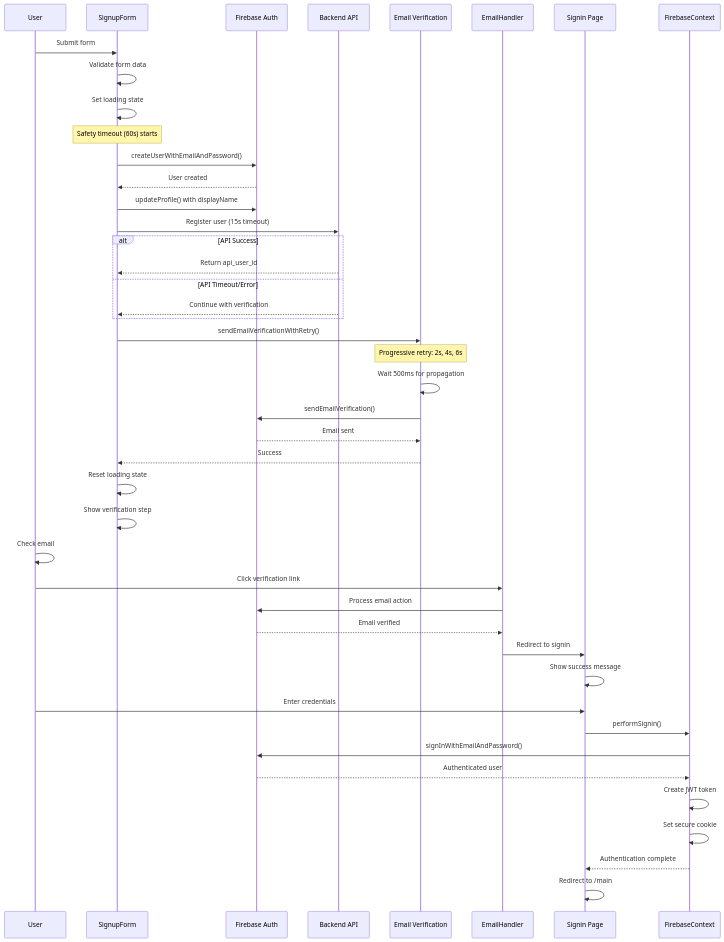
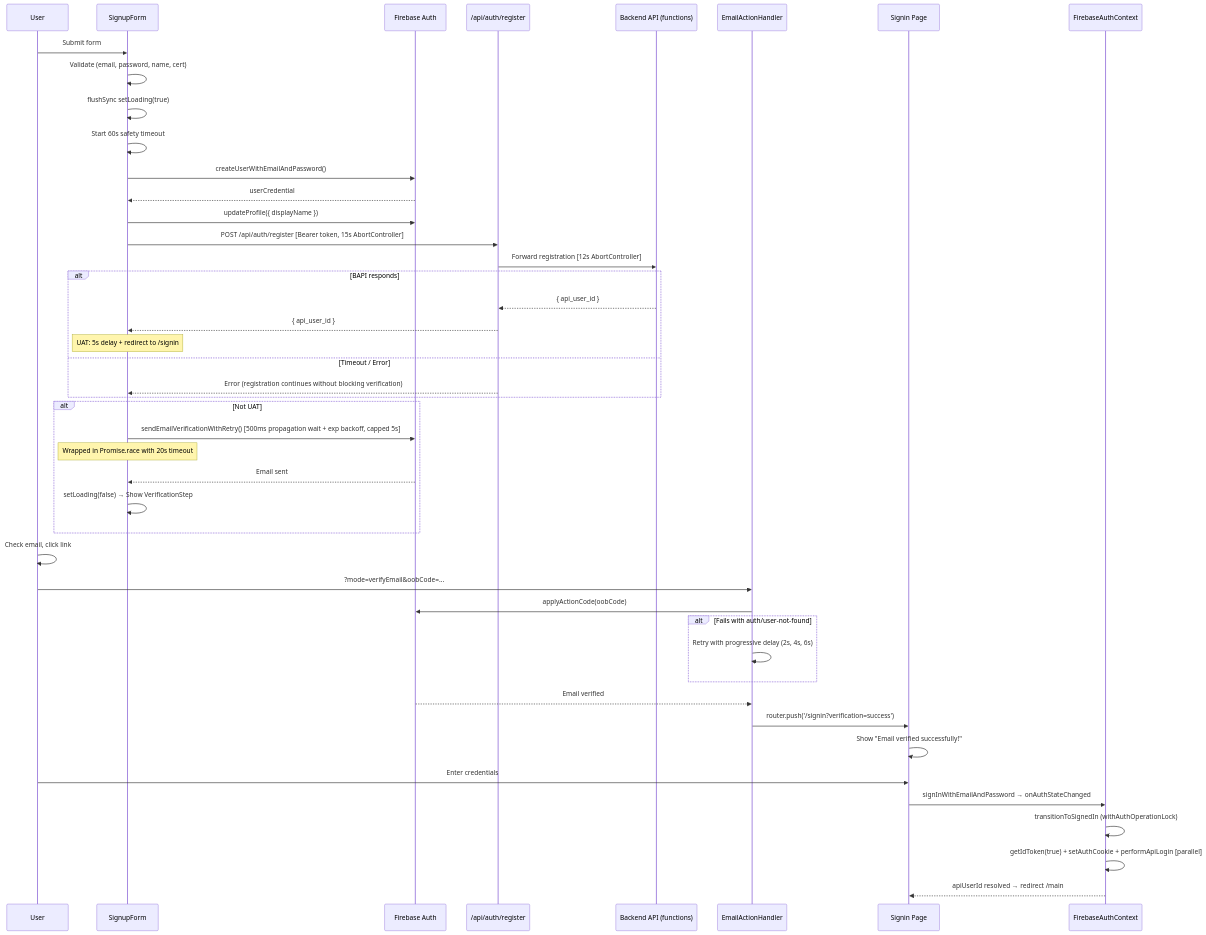
The second of 3 diagrams in docs/signup.md (benxgao/certifai-app), drawn with Mermaid before and after one commit. The commit also changed other lines of this file, not shown here.

````diff
--- a/docs/signup.md
+++ b/docs/signup.md
@@ -74,54 +44,53 @@
 ```mermaid
 sequenceDiagram
     participant U as User
     participant SF as SignupForm
     participant FB as Firebase Auth
-    participant API as Backend API
-    participant EV as Email Verification
-    participant EH as EmailHandler
+    participant API as /api/auth/register
+    participant BAPI as Backend API (functions)
+    participant EH as EmailActionHandler
     participant SI as Signin Page
-    participant FC as FirebaseContext
+    participant FC as FirebaseAuthContext
 
     U->>SF: Submit form
-    SF->>SF: Validate form data
-    SF->>SF: Set loading state
-
-    Note over SF: Safety timeout (60s) starts
+    SF->>SF: Validate (email, password, name, cert)
+    SF->>SF: flushSync setLoading(true)
+    SF->>SF: Start 60s safety timeout
 
     SF->>FB: createUserWithEmailAndPassword()
-    FB-->>SF: User created
-    SF->>FB: updateProfile() with displayName
+    FB-->>SF: userCredential
+    SF->>FB: updateProfile({ displayName })
 
-    SF->>API: Register user (15s timeout)
-    alt API Success
-        API-->>SF: Return api_user_id
-    else API Timeout/Error
-        API-->>SF: Continue with verification
+    SF->>API: POST /api/auth/register [Bearer token, 15s AbortController]
+    API->>BAPI: Forward registration [12s AbortController]
+    alt BAPI responds
+        BAPI-->>API: { api_user_id }
+        API-->>SF: { api_user_id }
+        Note over SF: UAT: 5s delay + redirect to /signin
+    else Timeout / Error
+        API-->>SF: Error (registration continues without blocking verification)
     end
 
-    SF->>EV: sendEmailVerificationWithRetry()
-    Note over EV: Progressive retry: 2s, 4s, 6s
-    EV->>EV: Wait 500ms for propagation
-    EV->>FB: sendEmailVerification()
-    FB-->>EV: Email sent
-    EV-->>SF: Success
+    alt Not UAT
+        SF->>FB: sendEmailVerificationWithRetry() [500ms propagation wait + exp backoff, capped 5s]
+        Note over SF: Wrapped in Promise.race with 20s timeout
+        FB-->>SF: Email sent
+        SF->>SF: setLoading(false) → Show VerificationStep
+    end
 
-    SF->>SF: Reset loading state
-    SF->>SF: Show verification step
+    U->>U: Check email, click link
+    U->>EH: ?mode=verifyEmail&oobCode=...
+    EH->>FB: applyActionCode(oobCode)
+    alt Fails with auth/user-not-found
+        EH->>EH: Retry with progressive delay (2s, 4s, 6s)
+    end
+    FB-->>EH: Email verified
+    EH->>SI: router.push('/signin?verification=success')
 
-    U->>U: Check email
-    U->>EH: Click verification link
-    EH->>FB: Process email action
-    FB-->>EH: Email verified
-    EH->>SI: Redirect to signin
-
-    SI->>SI: Show success message
+    SI->>SI: Show "Email verified successfully!"
     U->>SI: Enter credentials
-    SI->>FC: performSignin()
-    FC->>FB: signInWithEmailAndPassword()
-    FB-->>FC: Authenticated user
-    FC->>FC: Create JWT token
-    FC->>FC: Set secure cookie
-    FC-->>SI: Authentication complete
-    SI->>SI: Redirect to /main
+    SI->>FC: signInWithEmailAndPassword → onAuthStateChanged
+    FC->>FC: transitionToSignedIn (withAuthOperationLock)
+    FC->>FC: getIdToken(true) + setAuthCookie + performApiLogin [parallel]
+    FC-->>SI: apiUserId resolved → redirect /main
 ```
````
